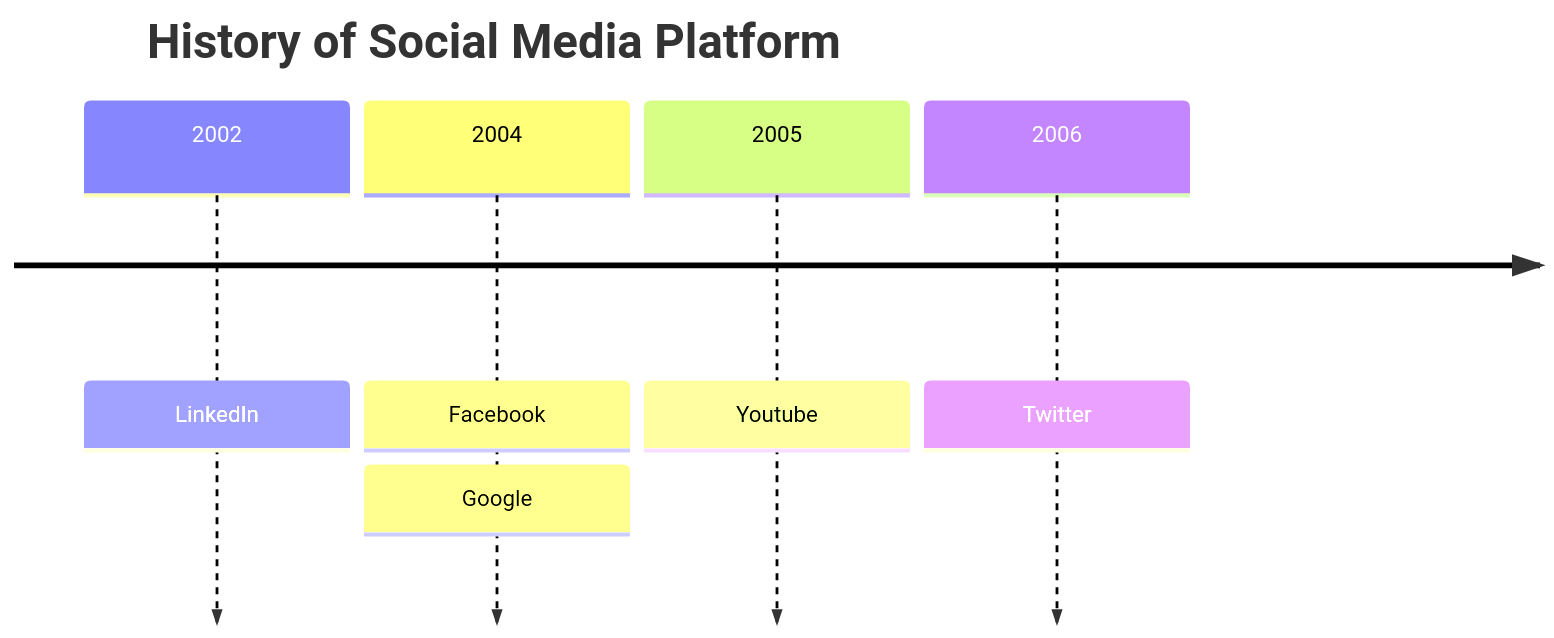
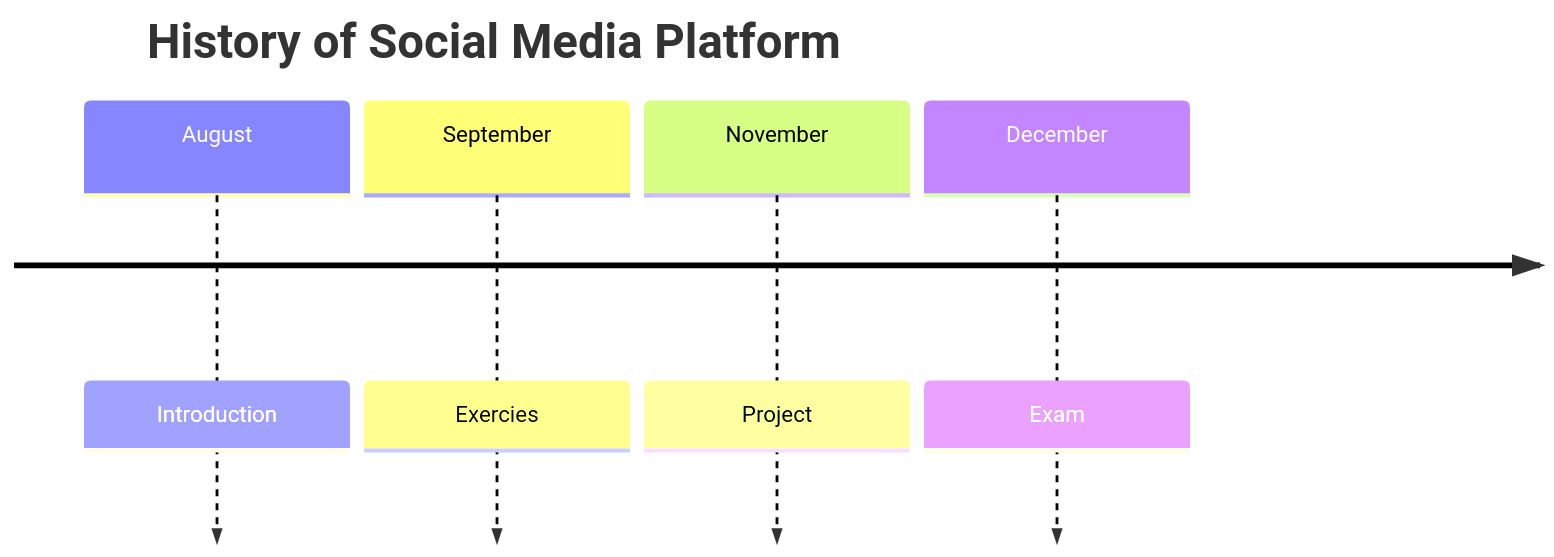
The diagram in README.md (fys4220/test), drawn with Mermaid before and after one commit.

````diff
--- a/README.md
+++ b/README.md
@@ -4,9 +4,8 @@
 ```mermaid
 timeline
     title History of Social Media Platform
-    2002 : LinkedIn
-    2004 : Facebook
-         : Google
-    2005 : Youtube
-    2006 : Twitter
+    August : Introduction
+    September : Exercies
+    November : Project
+    December : Exam
 ```
````
